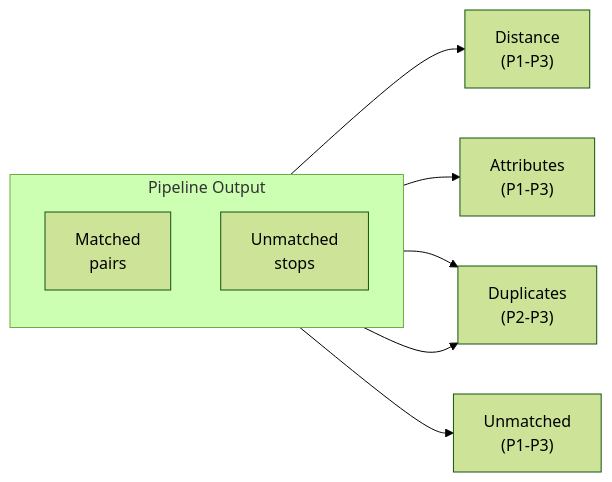
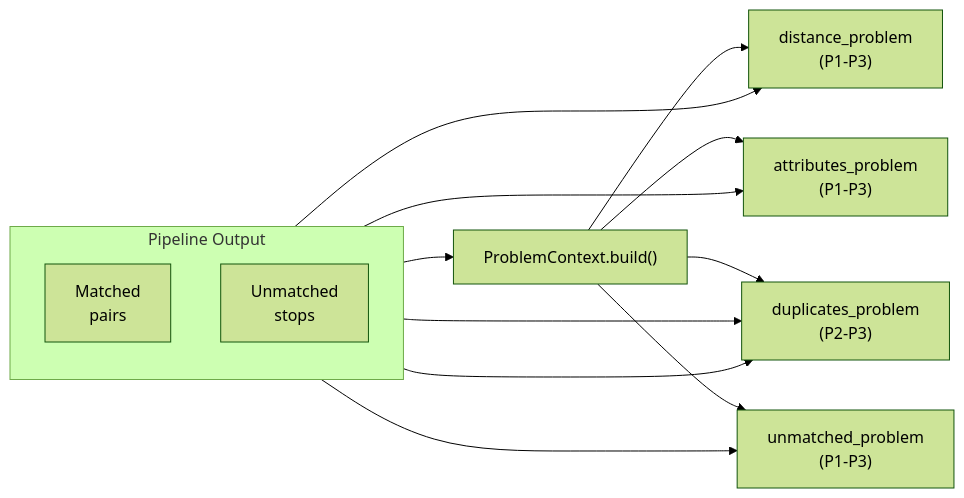
The diagram in documentation/3.1 Stop Problems.md (openTdataCH/stop_sync_osm_atlas), drawn with Mermaid (forest theme) before and after one commit. The commit also changed other lines of this file and 39 other files, not shown here.

````diff
--- a/documentation/3.1 Stop Problems.md
+++ b/documentation/3.1 Stop Problems.md
@@ -9,14 +13,22 @@
 ```mermaid
 flowchart LR
     subgraph Input["Pipeline Output"]
         direction TB
         M["Matched<br/>pairs"]
         U["Unmatched<br/>stops"]
     end
 
-    M --> D["Distance<br/>(P1-P3)"]
-    M --> A["Attributes<br/>(P1-P3)"]
-    M --> DUP["Duplicates<br/>(P2-P3)"]
-    U --> ISO["Unmatched<br/>(P1-P3)"]
+    CTX["ProblemContext.build()"]
+    Input --> CTX
+
+    CTX --> D["distance_problem<br/>(P1-P3)"]
+    CTX --> A["attributes_problem<br/>(P1-P3)"]
+    CTX --> DUP["duplicates_problem<br/>(P2-P3)"]
+    CTX --> ISO["unmatched_problem<br/>(P1-P3)"]
+
+    M --> D
+    M --> A
+    M --> DUP
+    U --> ISO
     U --> DUP
 ```
````
